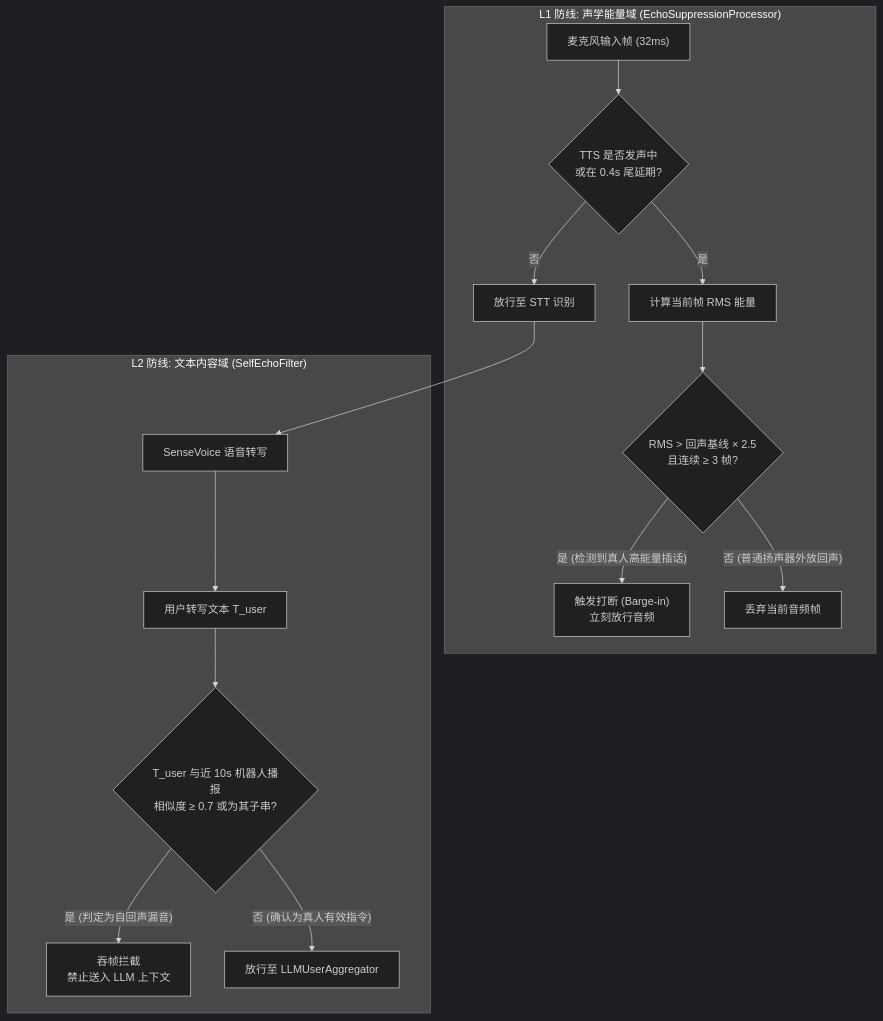
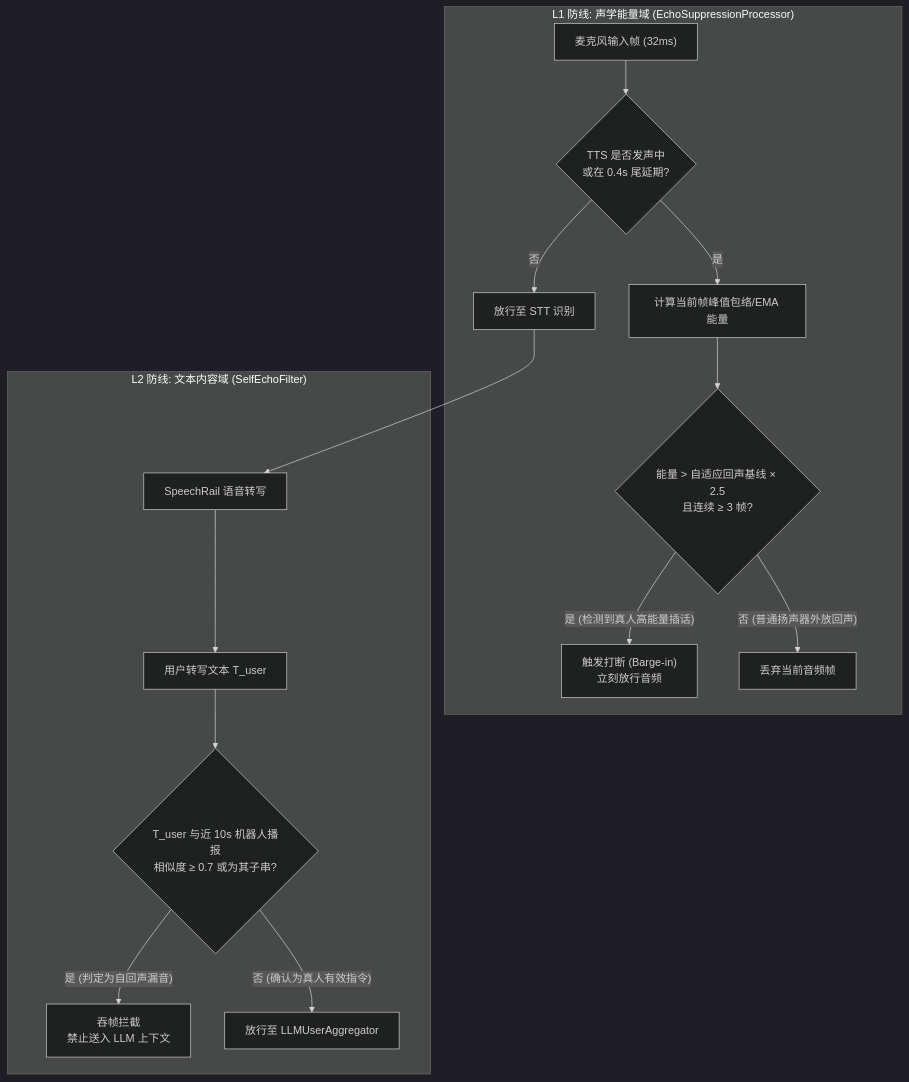
The sixth of 13 diagrams in docs/architecture/系统总体架构与详细设计方案.md (hrygo/voice-realtime), drawn with Mermaid (dark theme) before and after one commit. The commit also changed other lines of this file and 495 other files, not shown here.

First line of the commit message:
Merge pull request #3 from hrygo/refactor/clean-architecture-and-docs

````diff
--- a/docs/architecture/系统总体架构与详细设计方案.md
+++ b/docs/architecture/系统总体架构与详细设计方案.md
@@ -418,19 +420,19 @@
 ```mermaid
 flowchart TD
     subgraph L1_DEFENSE["L1 防线: 声学能量域 (EchoSuppressionProcessor)"]
         IN_FRAME["麦克风输入帧 (32ms)"] --> CHECK_BOT{"TTS 是否发声中<br/>或在 0.4s 尾延期?"}
         CHECK_BOT -->|否| PASS_L1["放行至 STT 识别"]
-        CHECK_BOT -->|是| CALC_RMS["计算当前帧 RMS 能量"]
-        CALC_RMS --> CHECK_RMS{"RMS > 回声基线 × 2.5<br/>且连续 ≥ 3 帧?"}
+        CHECK_BOT -->|是| CALC_ENERGY["计算当前帧峰值包络/EMA 能量"]
+        CALC_ENERGY --> CHECK_RMS{"能量 > 自适应回声基线 × 2.5<br/>且连续 ≥ 3 帧?"}
         CHECK_RMS -->|"是 (检测到真人高能量插话)"| BARGE_IN["触发打断 (Barge-in)<br/>立刻放行音频"]
         CHECK_RMS -->|"否 (普通扬声器外放回声)"| DROP_L1["丢弃当前音频帧"]
     end
 
     subgraph L2_DEFENSE["L2 防线: 文本内容域 (SelfEchoFilter)"]
-        PASS_L1 --> SENSEVOICE["SenseVoice 语音转写"]
-        SENSEVOICE --> TEXT_OUT["用户转写文本 T_user"]
+        PASS_L1 --> SPEECHRAIL_ASR["SpeechRail 语音转写"]
+        SPEECHRAIL_ASR --> TEXT_OUT["用户转写文本 T_user"]
         TEXT_OUT --> CHECK_TEXT{"T_user 与近 10s 机器人播报<br/>相似度 ≥ 0.7 或为其子串?"}
         CHECK_TEXT -->|"是 (判定为自回声漏音)"| SWALLOW["吞帧拦截<br/>禁止送入 LLM 上下文"]
         CHECK_TEXT -->|"否 (确认为真人有效指令)"| PASS_LLM["放行至 LLMUserAggregator"]
     end
 ```
````
